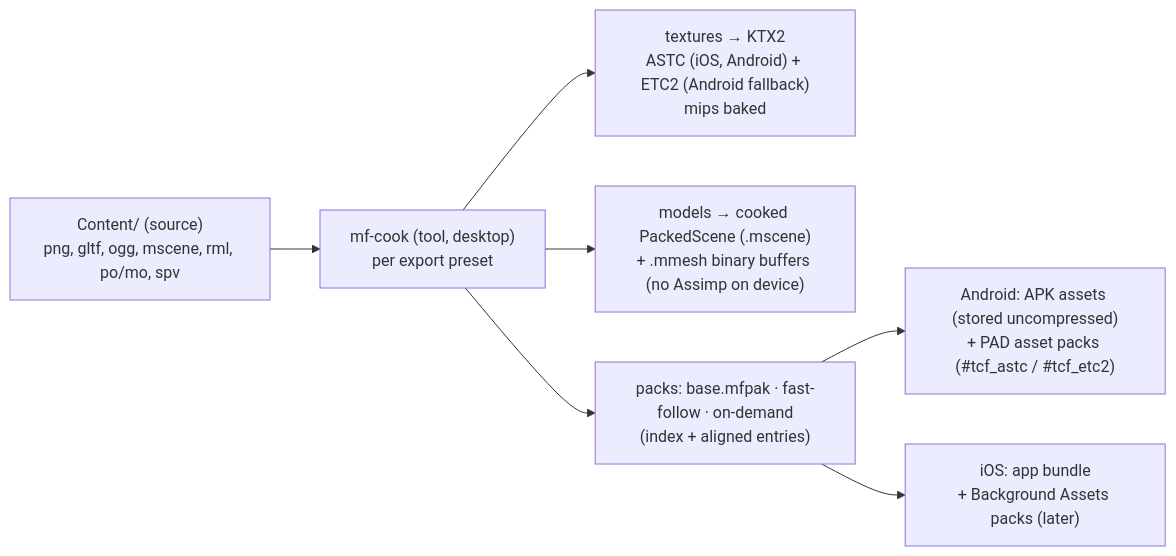
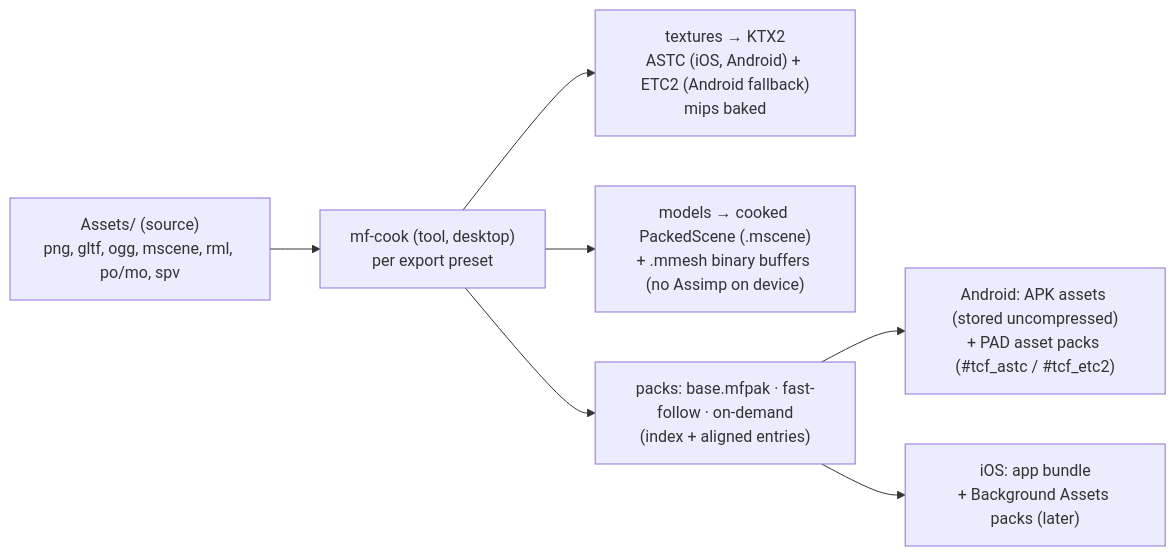
One commit to Mainframe-Games/mainframe-engine changed the fifth of 6 diagrams in docs/design/future/mobile.md. Above: the diagram before and after it, drawn with Mermaid. The commit also changed other lines of this file and 1186 other files, not shown here.

First line of the commit message:
Rename the content folder Content/ to Assets/ (ADR 0197) (#93)

````diff
--- a/docs/design/future/mobile.md
+++ b/docs/design/future/mobile.md
@@ -543,9 +543,9 @@
 ```mermaid
 flowchart LR
-    S["Content/ (source)<br/>png, gltf, ogg, mscene, rml, po/mo, spv"] --> C["mf-cook (tool, desktop)<br/>per export preset"]
+    S["Assets/ (source)<br/>png, gltf, ogg, mscene, rml, po/mo, spv"] --> C["mf-cook (tool, desktop)<br/>per export preset"]
     C --> T["textures → KTX2<br/>ASTC (iOS, Android) + ETC2 (Android fallback)<br/>mips baked"]
     C --> M["models → cooked PackedScene (.mscene)<br/>+ .mmesh binary buffers (no Assimp on device)"]
     C --> P["packs: base.mfpak · fast-follow · on-demand<br/>(index + aligned entries)"]
     P --> A["Android: APK assets (stored uncompressed)<br/>+ PAD asset packs (#tcf_astc / #tcf_etc2)"]
     P --> I["iOS: app bundle<br/>+ Background Assets packs (later)"]
 ```
````
